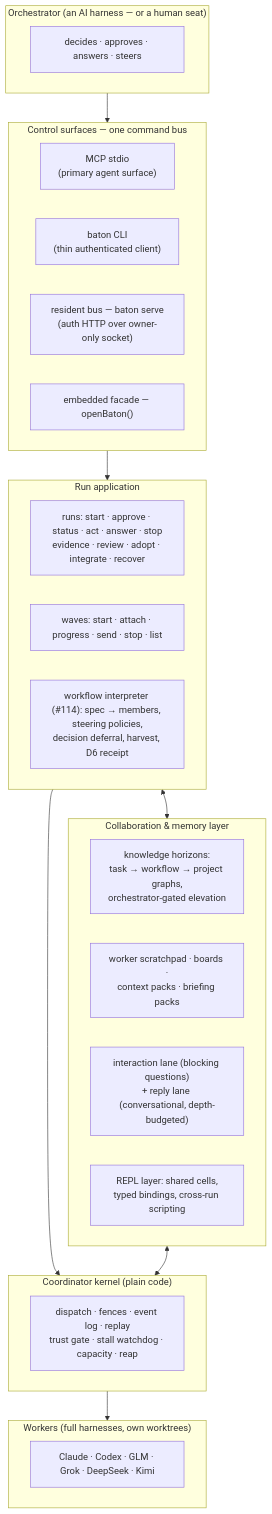
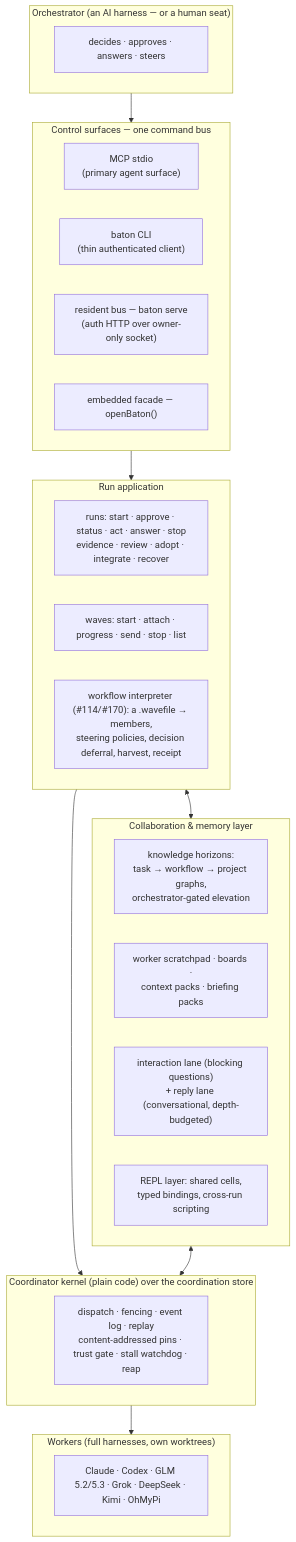
The diagram in README.md (Flip-Engineering/baton), drawn with Mermaid before and after one commit. The commit also changed other lines of this file and 2 other files, not shown here.

````diff
--- a/README.md
+++ b/README.md
@@ -43,32 +37,32 @@
 ```mermaid
 flowchart TB
     subgraph YOU["Orchestrator (an AI harness — or a human seat)"]
         O[decides · approves · answers · steers]
     end
     subgraph SURFACES["Control surfaces — one command bus"]
         MCP["MCP stdio<br/>(primary agent surface)"]
         CLI["baton CLI<br/>(thin authenticated client)"]
         WEB["resident bus — baton serve<br/>(auth HTTP over owner-only socket)"]
         FAC["embedded facade — openBaton()"]
     end
     subgraph APP["Run application"]
         RUN["runs: start · approve · status · act · answer · stop<br/>evidence · review · adopt · integrate · recover"]
         WAVES["waves: start · attach · progress · send · stop · list"]
-        WF["workflow interpreter (#114): spec → members, steering policies,<br/>decision deferral, harvest, D6 receipt"]
+        WF["workflow interpreter (#114/#170): a .wavefile → members,<br/>steering policies, decision deferral, harvest, receipt"]
     end
     subgraph COLLAB["Collaboration & memory layer"]
         KG["knowledge horizons:<br/>task → workflow → project graphs,<br/>orchestrator-gated elevation"]
         SCR["worker scratchpad · boards ·<br/>context packs · briefing packs"]
         MSG["interaction lane (blocking questions)<br/>+ reply lane (conversational, depth-budgeted)"]
         REPL["REPL layer: shared cells,<br/>typed bindings, cross-run scripting"]
     end
-    subgraph KERNEL["Coordinator kernel (plain code)"]
-        COORD["dispatch · fences · event log · replay<br/>trust gate · stall watchdog · capacity · reap"]
+    subgraph KERNEL["Coordinator kernel (plain code) over the coordination store"]
+        COORD["dispatch · fencing · event log · replay<br/>content-addressed pins · trust gate · stall watchdog · reap"]
     end
     subgraph FLEET["Workers (full harnesses, own worktrees)"]
-        W["Claude · Codex · GLM · Grok · DeepSeek · Kimi"]
+        W["Claude · Codex · GLM 5.2/5.3 · Grok · DeepSeek · Kimi · OhMyPi"]
     end
     YOU --> SURFACES --> APP --> KERNEL --> FLEET
     APP <--> COLLAB
     COLLAB <--> KERNEL
 ```
````
